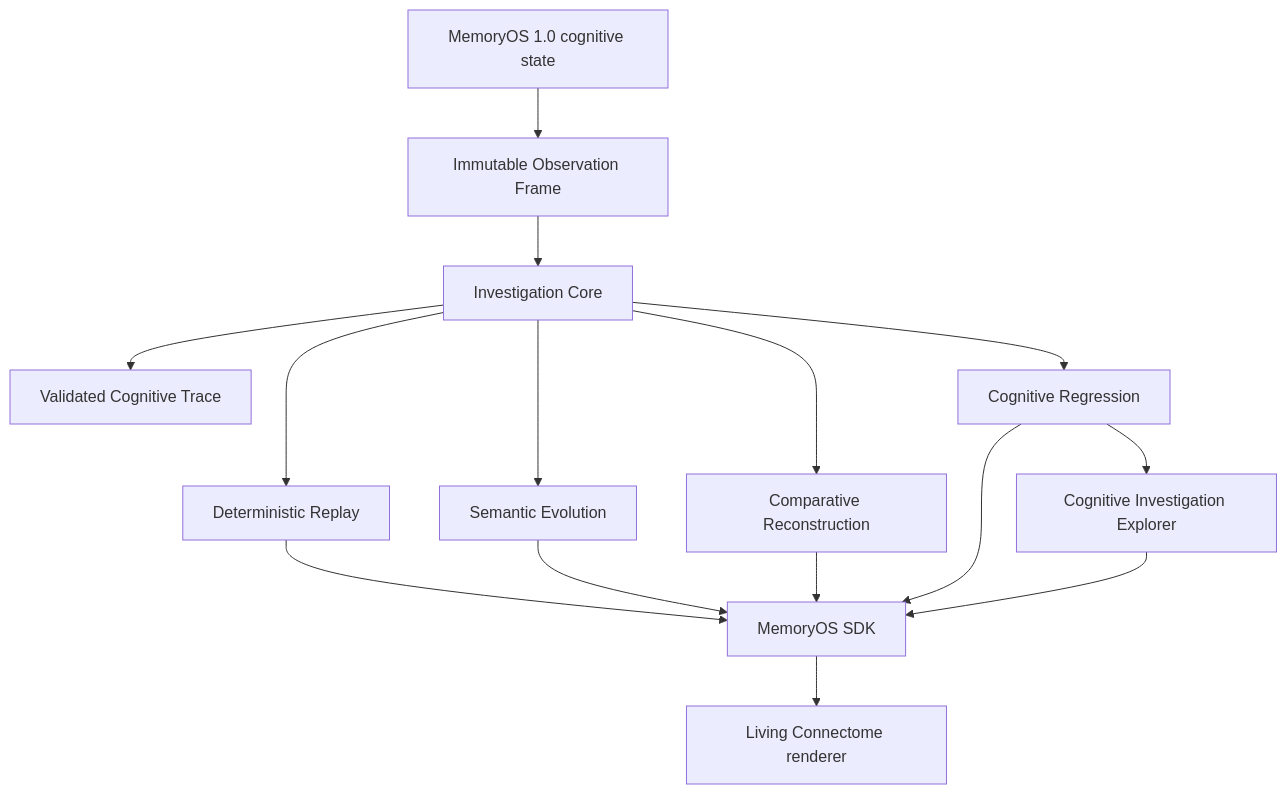
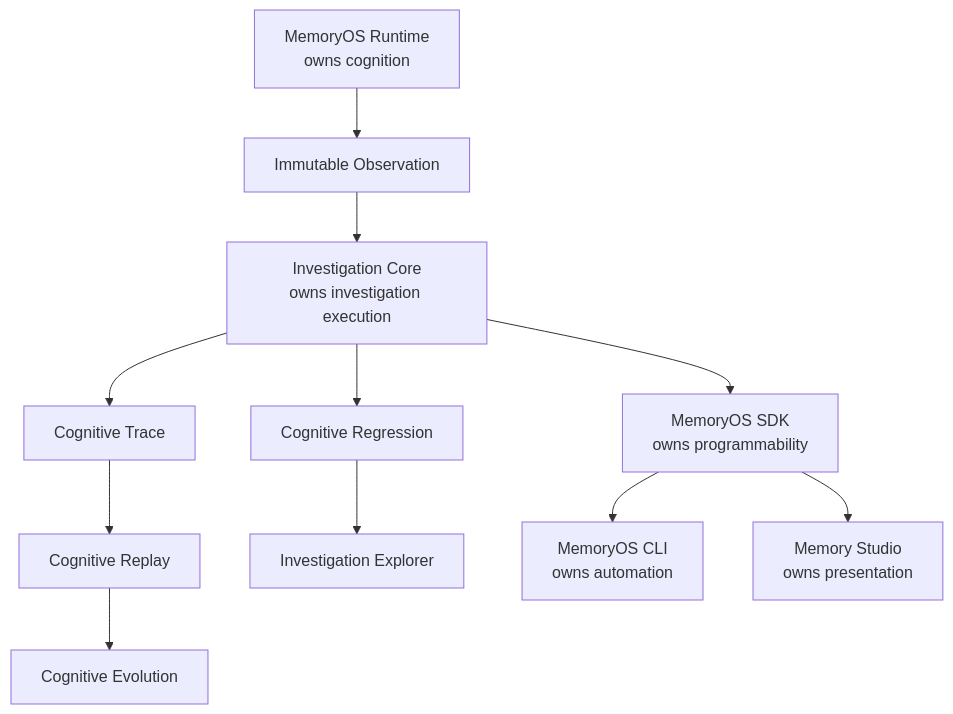
Before and after one commit to moelsaka01/memoryos-specification: the third of 3 diagrams in README.md, drawn with Mermaid. The commit also changed other lines of this file and 15 other files, not shown here.

````diff
--- a/README.md
+++ b/README.md
@@ -98,29 +158,21 @@
-```mermaid
+~~~mermaid
 flowchart TB
-    Runtime[MemoryOS 1.0 cognitive state]
-    Observation[Immutable Observation Frame]
-    Trace[Validated Cognitive Trace]
-    Replay[Deterministic Replay]
-    Evolution[Semantic Evolution]
-    Comparative[Comparative Reconstruction]
+    Runtime[MemoryOS Runtime<br/>owns cognition]
+    Observation[Immutable Observation]
+    Core[Investigation Core<br/>owns investigation execution]
+    Trace[Cognitive Trace]
+    Replay[Cognitive Replay]
+    Evolution[Cognitive Evolution]
     Regression[Cognitive Regression]
-    Explorer[Cognitive Investigation Explorer]
-    Core[Investigation Core]
-    SDK[MemoryOS SDK]
-    Renderer[Living Connectome renderer]
+    Explorer[Investigation Explorer]
+    SDK[MemoryOS SDK<br/>owns programmability]
+    CLI[MemoryOS CLI<br/>owns automation]
+    Studio[Memory Studio<br/>owns presentation]
 
-    Runtime --> Observation
-    Observation --> Core
-    Core --> Trace
-    Core --> Replay
-    Core --> Evolution
-    Core --> Comparative
-    Core --> Regression
-    Regression --> Explorer
-    Replay --> SDK
-    Evolution --> SDK
-    Comparative --> SDK
-    Regression --> SDK
-    Explorer --> SDK
-    SDK --> Renderer
-```
+    Runtime --> Observation --> Core
+    Core --> Trace --> Replay --> Evolution
+    Core --> Regression --> Explorer
+    Core --> SDK
+    SDK --> CLI
+    SDK --> Studio
+~~~
````
